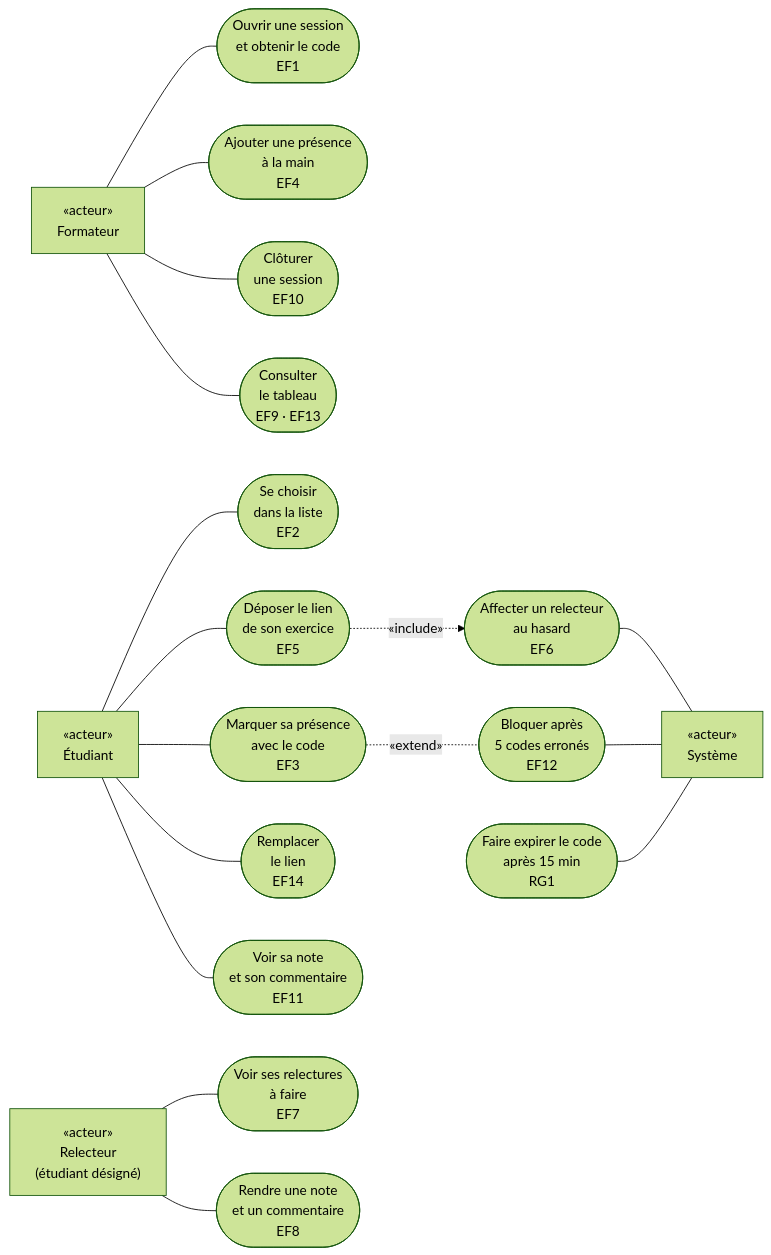
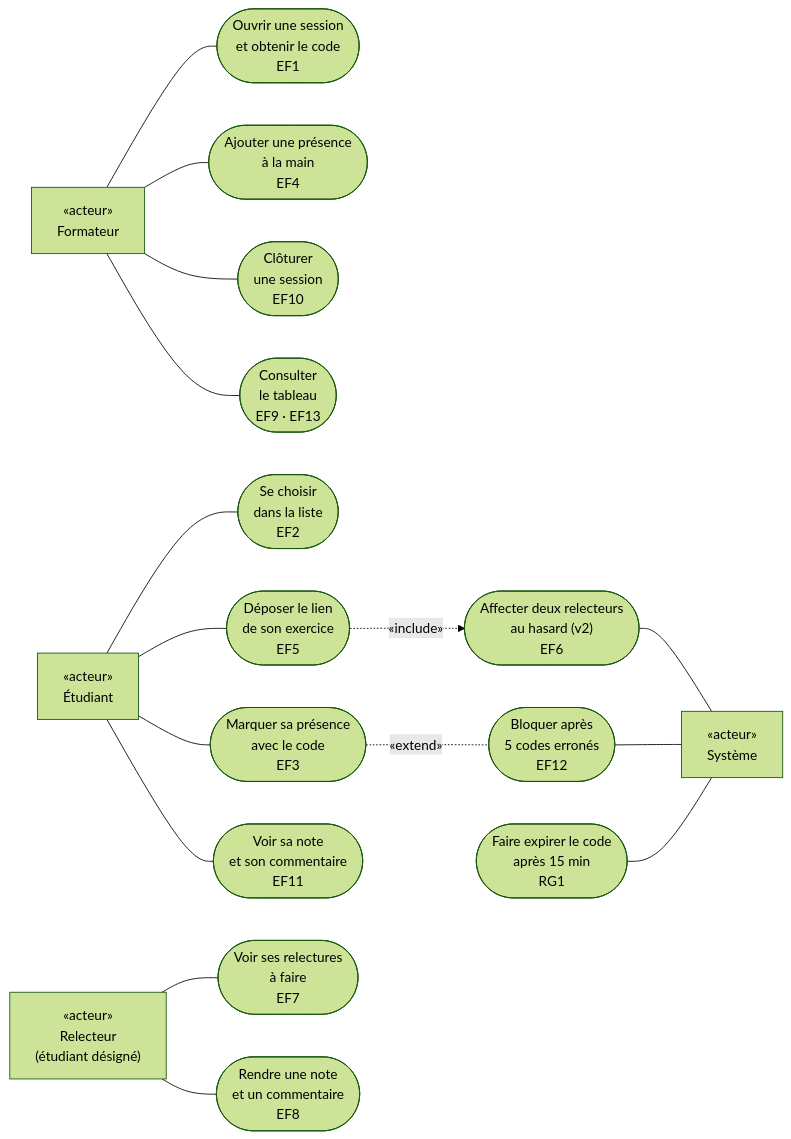
One commit to jacquessiyou4/kfokam48-epreuve-KF48-YAO-252 changed the diagram in docs/diagrammes/D1_cas_utilisation.md. Above: the diagram before and after it, drawn with Mermaid (forest theme). The commit also changed other lines of this file and 3 other files, not shown here.

First line of the commit message:
docs: met à jour l'analyse — conséquence du changement de besoin (deux relecteurs, note provisoire) — refs #33

````diff
--- a/docs/diagrammes/D1_cas_utilisation.md
+++ b/docs/diagrammes/D1_cas_utilisation.md
@@ -5,39 +5,37 @@
 ```mermaid
 flowchart LR
     F["«acteur»<br/>Formateur"]
     E["«acteur»<br/>Étudiant"]
     R["«acteur»<br/>Relecteur<br/>(étudiant désigné)"]
     S["«acteur»<br/>Système"]
 
         UC1(["Ouvrir une session<br/>et obtenir le code<br/>EF1"])
         UC2(["Ajouter une présence<br/>à la main<br/>EF4"])
         UC3(["Clôturer<br/>une session<br/>EF10"])
         UC4(["Consulter<br/>le tableau<br/>EF9 · EF13"])
         UC5(["Se choisir<br/>dans la liste<br/>EF2"])
         UC6(["Marquer sa présence<br/>avec le code<br/>EF3"])
         UC7(["Déposer le lien<br/>de son exercice<br/>EF5"])
-        UC8(["Remplacer<br/>le lien<br/>EF14"])
         UC9(["Voir sa note<br/>et son commentaire<br/>EF11"])
         UC10(["Voir ses relectures<br/>à faire<br/>EF7"])
         UC11(["Rendre une note<br/>et un commentaire<br/>EF8"])
-        UC12(["Affecter un relecteur<br/>au hasard<br/>EF6"])
+        UC12(["Affecter deux relecteurs<br/>au hasard (v2)<br/>EF6"])
         UC13(["Bloquer après<br/>5 codes erronés<br/>EF12"])
         UC14(["Faire expirer le code<br/>après 15 min<br/>RG1"])
 
     F --- UC1
     F --- UC2
     F --- UC3
     F --- UC4
     E --- UC5
     E --- UC6
     E --- UC7
-    E --- UC8
     E --- UC9
     R --- UC10
     R --- UC11
     UC6 -.-|«extend»| UC13
     UC7 -.->|«include»| UC12
     UC12 --- S
     UC13 --- S
     UC14 --- S
 ```
````
